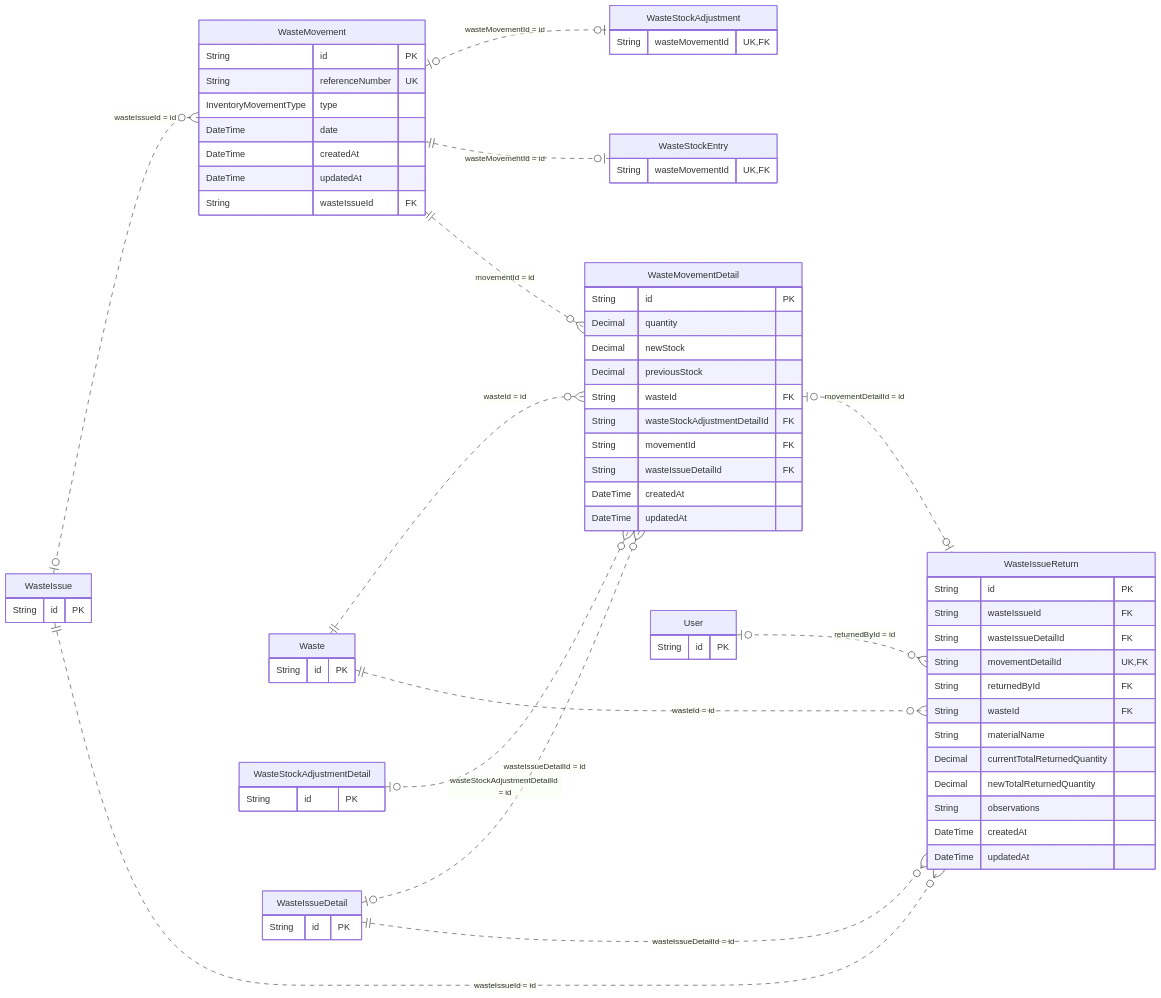
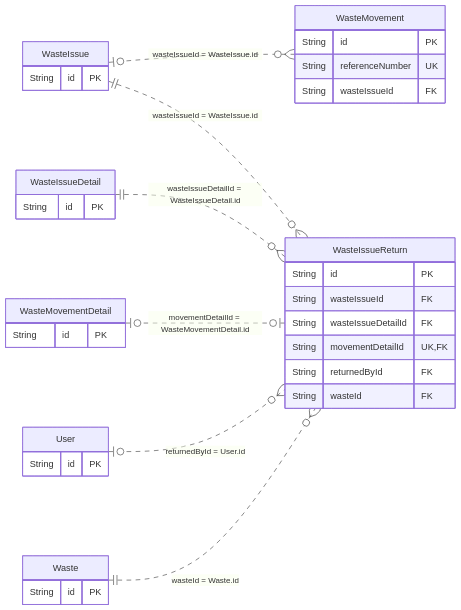
Before and after one commit to gpgsistemas01/nexus: diagram 19 of 22 in docs/architecture/views/logical/data-and-persistence/generated/database-schema.md, drawn with Mermaid. The commit also changed other lines of this file and 4 other files, not shown here.

Commit message:
docs: simplificar vista lógica y aclarar relaciones del modelo ER

````diff
--- a/docs/architecture/views/logical/data-and-persistence/generated/database-schema.md
+++ b/docs/architecture/views/logical/data-and-persistence/generated/database-schema.md
@@ -914,72 +582,38 @@
 ```mermaid
 erDiagram
     direction LR
     WasteIssueReturn {
         String id PK
         String wasteIssueId FK
         String wasteIssueDetailId FK
         String movementDetailId UK,FK
         String returnedById FK
         String wasteId FK
-        String materialName
-        Decimal currentTotalReturnedQuantity
-        Decimal newTotalReturnedQuantity
-        String observations
-        DateTime createdAt
-        DateTime updatedAt
     }
     WasteMovement {
         String id PK
         String referenceNumber UK
-        InventoryMovementType type
-        DateTime date
-        DateTime createdAt
-        DateTime updatedAt
         String wasteIssueId FK
     }
-    WasteMovementDetail {
-        String id PK
-        Decimal quantity
-        Decimal newStock
-        Decimal previousStock
-        String wasteId FK
-        String wasteStockAdjustmentDetailId FK
-        String movementId FK
-        String wasteIssueDetailId FK
-        DateTime createdAt
-        DateTime updatedAt
-    }
-    WasteStockAdjustment {
-        String wasteMovementId UK,FK
-    }
     WasteIssue {
-        String id PK
-    }
-    WasteStockEntry {
-        String wasteMovementId UK,FK
-    }
-    Waste {
-        String id PK
-    }
-    WasteStockAdjustmentDetail {
         String id PK
     }
     WasteIssueDetail {
         String id PK
     }
+    WasteMovementDetail {
+        String id PK
+    }
     User {
         String id PK
     }
-    WasteMovement o|..o| WasteStockAdjustment : "wasteMovementId = id"
-    WasteIssue o|..o{ WasteMovement : "wasteIssueId = id"
-    WasteMovement ||..o| WasteStockEntry : "wasteMovementId = id"
-    Waste ||..o{ WasteMovementDetail : "wasteId = id"
-    WasteStockAdjustmentDetail o|..o{ WasteMovementDetail : "wasteStockAdjustmentDetailId = id"
-    WasteMovement ||..o{ WasteMovementDetail : "movementId = id"
-    WasteIssueDetail o|..o{ WasteMovementDetail : "wasteIssueDetailId = id"
-    WasteIssue ||..o{ WasteIssueReturn : "wasteIssueId = id"
-    WasteIssueDetail ||..o{ WasteIssueReturn : "wasteIssueDetailId = id"
-    WasteMovementDetail o|..o| WasteIssueReturn : "movementDetailId = id"
-    User o|..o{ WasteIssueReturn : "returnedById = id"
-    Waste ||..o{ WasteIssueReturn : "wasteId = id"
+    Waste {
+        String id PK
+    }
+    WasteIssue o|..o{ WasteMovement : "wasteIssueId = WasteIssue.id"
+    WasteIssue ||..o{ WasteIssueReturn : "wasteIssueId = WasteIssue.id"
+    WasteIssueDetail ||..o{ WasteIssueReturn : "wasteIssueDetailId = WasteIssueDetail.id"
+    WasteMovementDetail o|..o| WasteIssueReturn : "movementDetailId = WasteMovementDetail.id"
+    User o|..o{ WasteIssueReturn : "returnedById = User.id"
+    Waste ||..o{ WasteIssueReturn : "wasteId = Waste.id"
 ```
````
